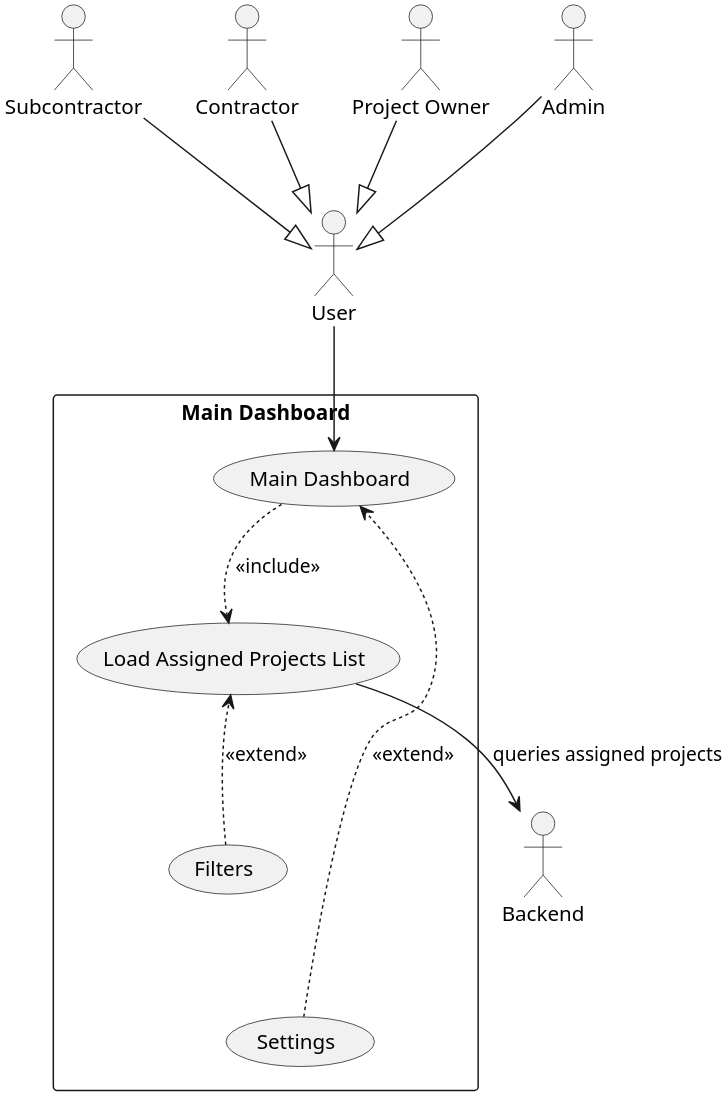
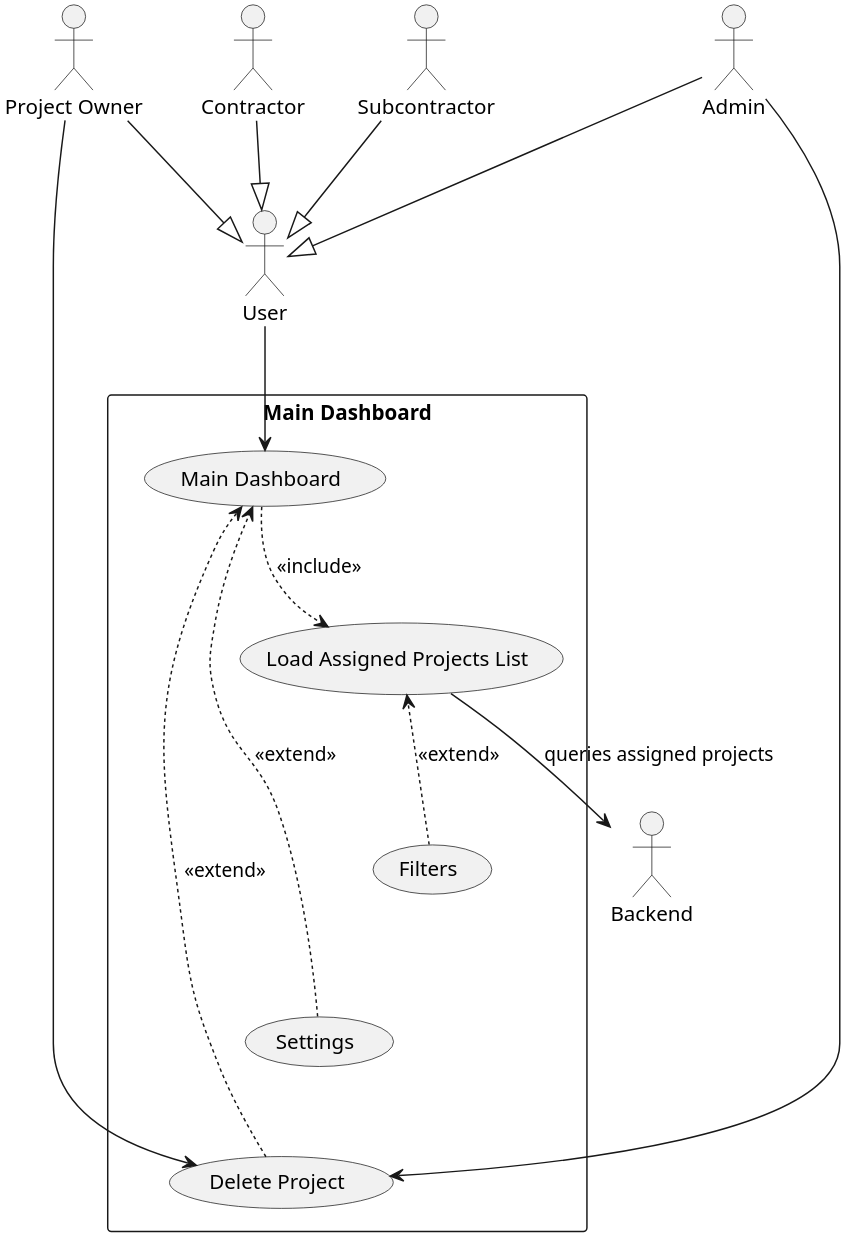
Before and after one commit to owenwriston/CMSC-447: the diagram in Use Cases/PUML/use-case-dashboard.puml, drawn with PlantUML. The commit also changed 8 other files, not shown here.

```diff
--- a/Use Cases/PUML/use-case-dashboard.puml
+++ b/Use Cases/PUML/use-case-dashboard.puml
@@ -1,35 +1,40 @@
 @startuml
 scale 3
 top to bottom direction
 
 actor "Subcontractor" as Sub
 actor "Contractor" as Con
 actor "Project Owner" as Owner
 actor "Admin" as Admin
 actor "User" as User
 actor "Backend" as Back
 
 Sub --|> User
 Con --|> User
 Owner --|> User
 Admin --|> User
 
 rectangle "Main Dashboard" {
   usecase "Main Dashboard" as UC2
   usecase "Load Assigned Projects List" as UC2c
   usecase "Filters" as UC2a
   usecase "Settings" as UC2b
+  usecase "Delete Project" as UC2d
 }
 
 UC2 -[hidden]down-> UC2c
 UC2c -[hidden]down-> UC2a
 UC2a -[hidden]down-> UC2b
+UC2b -[hidden]down-> UC2d
 
 User --> UC2
 UC2 .> UC2c : <<include>>
 UC2c --> Back : queries assigned projects
 
 UC2b .> UC2 : <<extend>>
 UC2a .> UC2c : <<extend>>
 
+Admin --> UC2d
+Owner --> UC2d
+UC2d .> UC2 : <<extend>>
 @enduml
```
